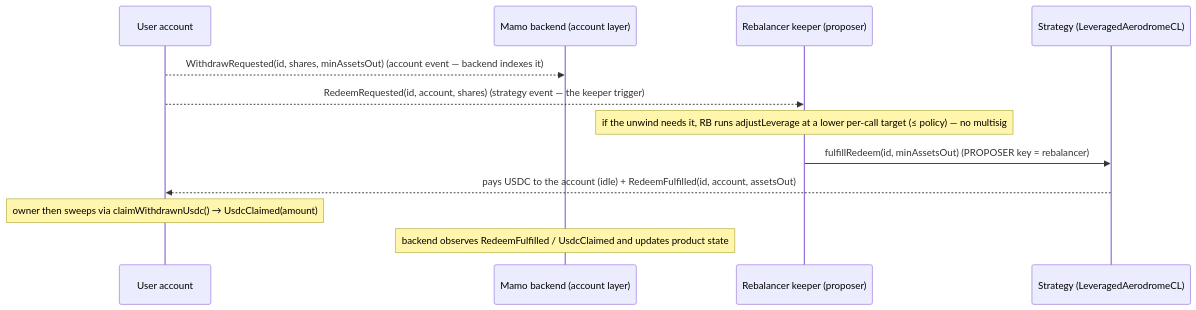
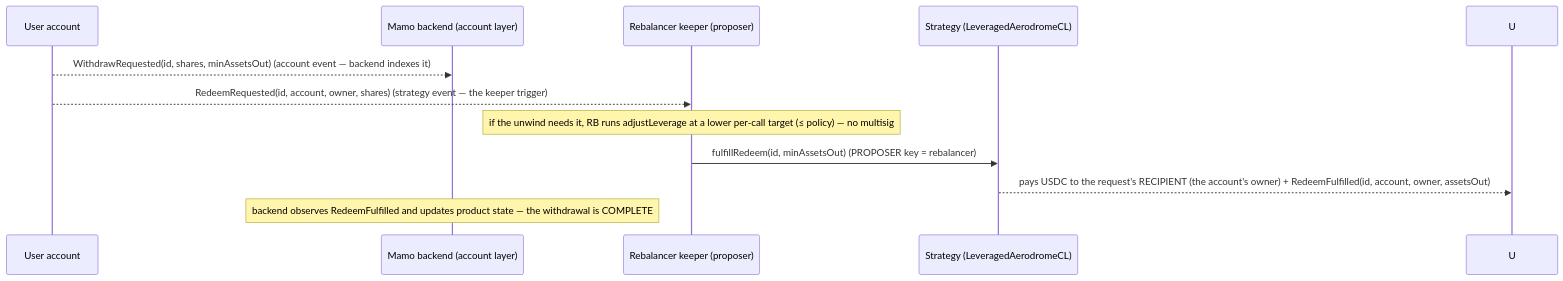
One commit to moonwell-fi/mamo-contracts changed the diagram in docs/integrations/LEVERAGED_AERO_BACKEND.md. Above: the diagram before and after it, drawn with Mermaid. The commit also changed other lines of this file and 17 other files, not shown here.

````diff
--- a/docs/integrations/LEVERAGED_AERO_BACKEND.md
+++ b/docs/integrations/LEVERAGED_AERO_BACKEND.md
@@ -274,15 +275,14 @@
 ```mermaid
 sequenceDiagram
     participant A as User account
     participant BE as Mamo backend (account layer)
     participant RB as Rebalancer keeper (proposer)
     participant S as Strategy (LeveragedAerodromeCL)
 
     A-->>BE: WithdrawRequested(id, shares, minAssetsOut)   (account event — backend indexes it)
-    A-->>RB: RedeemRequested(id, account, shares)          (strategy event — the keeper trigger)
+    A-->>RB: RedeemRequested(id, account, owner, shares)   (strategy event — the keeper trigger)
     Note over RB: if the unwind needs it, RB runs adjustLeverage at a lower per-call target (≤ policy) — no multisig
     RB->>S: fulfillRedeem(id, minAssetsOut)                              (PROPOSER key = rebalancer)
-    S-->>A: pays USDC to the account (idle) + RedeemFulfilled(id, account, assetsOut)
-    Note over A: owner then sweeps via claimWithdrawnUsdc() → UsdcClaimed(amount)
-    Note over BE: backend observes RedeemFulfilled / UsdcClaimed and updates product state
+    S-->>U: pays USDC to the request's RECIPIENT (the account's owner) + RedeemFulfilled(id, account, owner, assetsOut)
+    Note over BE: backend observes RedeemFulfilled and updates product state — the withdrawal is COMPLETE
 ```
````
